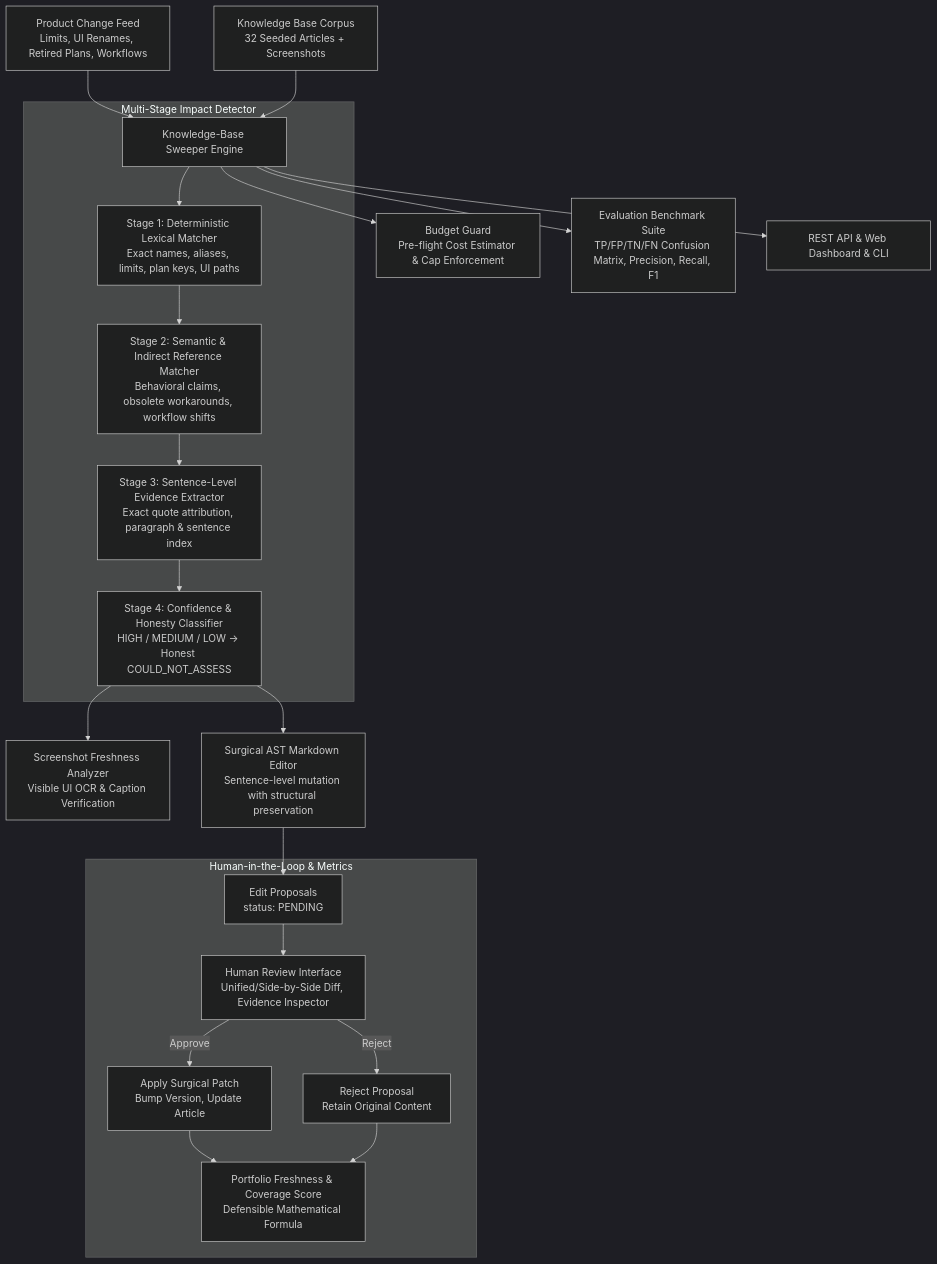
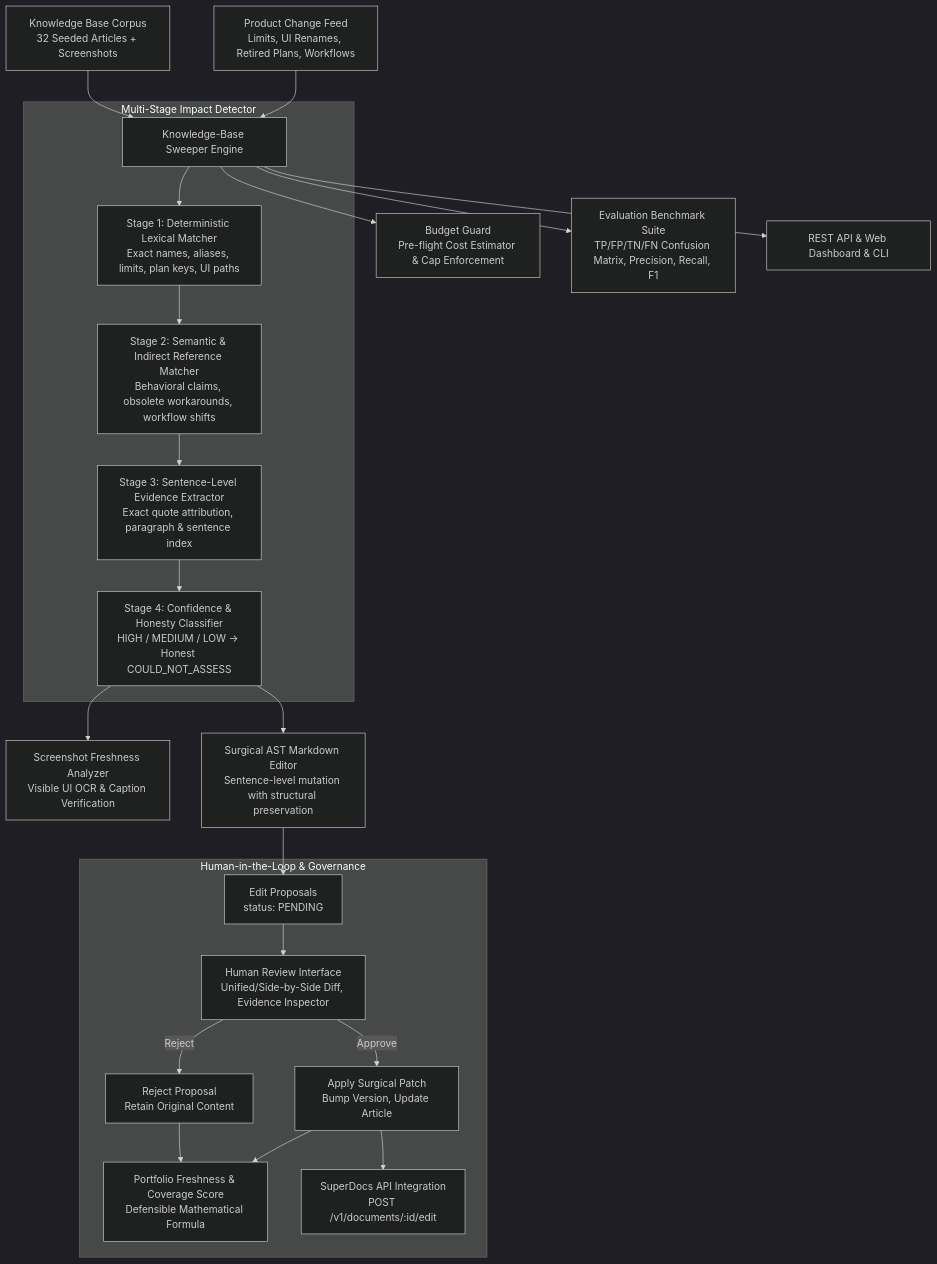
The first of 2 diagrams in extensions/deadheaven07/knowledge-base-freshness-sweeper/README.md (deadheaven07/superdocs-builds), drawn with Mermaid (dark theme) before and after one commit. The commit also changed other lines of this file and 1 other file, not shown here.

Commit message:
docs: update README.md and ARCHITECTURE.md with SuperDocs API integration details, Playwright E2E suite, and diagrams

````diff
--- a/extensions/deadheaven07/knowledge-base-freshness-sweeper/README.md
+++ b/extensions/deadheaven07/knowledge-base-freshness-sweeper/README.md
@@ -5,29 +5,30 @@
 ```mermaid
 graph TD
     A[Product Change Feed<br/>Limits, UI Renames, Retired Plans, Workflows] --> B[Knowledge-Base Sweeper Engine]
     KB[Knowledge Base Corpus<br/>32 Seeded Articles + Screenshots] --> B
     
     subgraph MultiStageDetection [Multi-Stage Impact Detector]
         B --> S1[Stage 1: Deterministic Lexical Matcher<br/>Exact names, aliases, limits, plan keys, UI paths]
         S1 --> S2[Stage 2: Semantic & Indirect Reference Matcher<br/>Behavioral claims, obsolete workarounds, workflow shifts]
         S2 --> S3[Stage 3: Sentence-Level Evidence Extractor<br/>Exact quote attribution, paragraph & sentence index]
         S3 --> S4[Stage 4: Confidence & Honesty Classifier<br/>HIGH / MEDIUM / LOW -> Honest COULD_NOT_ASSESS]
     end
 
     S4 --> SS[Screenshot Freshness Analyzer<br/>Visible UI OCR & Caption Verification]
     S4 --> SE[Surgical AST Markdown Editor<br/>Sentence-level mutation with structural preservation]
     
     SE --> P[Edit Proposals<br/>status: PENDING]
     
-    subgraph ReviewAndFreshness [Human-in-the-Loop & Metrics]
+    subgraph ReviewAndFreshness [Human-in-the-Loop & Governance]
         P --> HR[Human Review Interface<br/>Unified/Side-by-Side Diff, Evidence Inspector]
         HR -->|Approve| AP[Apply Surgical Patch<br/>Bump Version, Update Article]
         HR -->|Reject| RJ[Reject Proposal<br/>Retain Original Content]
         AP --> FS[Portfolio Freshness & Coverage Score<br/>Defensible Mathematical Formula]
         RJ --> FS
+        AP --> SD[SuperDocs API Integration<br/>POST /v1/documents/:id/edit]
     end
     
     B --> BG[Budget Guard<br/>Pre-flight Cost Estimator & Cap Enforcement]
     B --> EV[Evaluation Benchmark Suite<br/>TP/FP/TN/FN Confusion Matrix, Precision, Recall, F1]
     B --> API[REST API & Web Dashboard & CLI]
 ```
````
